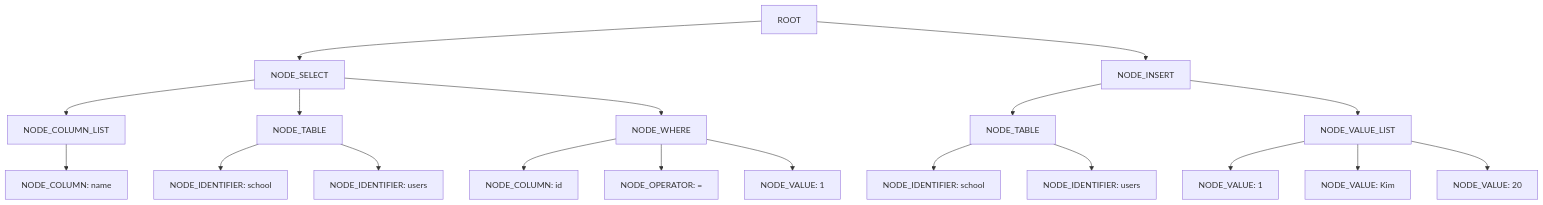
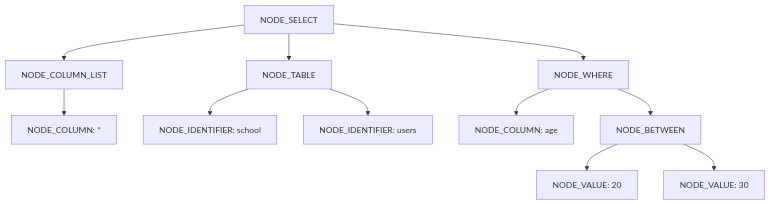
Before and after one commit to gannak1/Bp-tree-index-week7: the fifth of 9 diagrams in README.md, drawn with Mermaid. The commit also changed other lines of this file and 1 other file, not shown here.

````diff
--- a/README.md
+++ b/README.md
@@ -226,31 +302,13 @@
 ```mermaid
 flowchart TD
-    ROOT[ROOT]
-
-    ROOT --> S[NODE_SELECT]
-    ROOT --> I[NODE_INSERT]
-
-    S --> SCL[NODE_COLUMN_LIST]
-    S --> STB[NODE_TABLE]
-    S --> SWH[NODE_WHERE]
-
-    SCL --> SC1["NODE_COLUMN: name"]
-
-    STB --> SSI["NODE_IDENTIFIER: school"]
-    STB --> STI["NODE_IDENTIFIER: users"]
-
-    SWH --> SWC["NODE_COLUMN: id"]
-    SWH --> SWO["NODE_OPERATOR: ="]
-    SWH --> SWV["NODE_VALUE: 1"]
-
-    I --> ITB[NODE_TABLE]
-    I --> IVL[NODE_VALUE_LIST]
-
-    ITB --> ISI["NODE_IDENTIFIER: school"]
-    ITB --> ITI["NODE_IDENTIFIER: users"]
-
-    IVL --> IV1["NODE_VALUE: 1"]
-    IVL --> IV2["NODE_VALUE: Kim"]
-    IVL --> IV3["NODE_VALUE: 20"]
-
+    A["NODE_SELECT"] --> B["NODE_COLUMN_LIST"]
+    A --> C["NODE_TABLE"]
+    A --> D["NODE_WHERE"]
+    B --> E["NODE_COLUMN: *"]
+    C --> F["NODE_IDENTIFIER: school"]
+    C --> G["NODE_IDENTIFIER: users"]
+    D --> H["NODE_COLUMN: age"]
+    D --> I["NODE_BETWEEN"]
+    I --> J["NODE_VALUE: 20"]
+    I --> K["NODE_VALUE: 30"]
 ```
````
